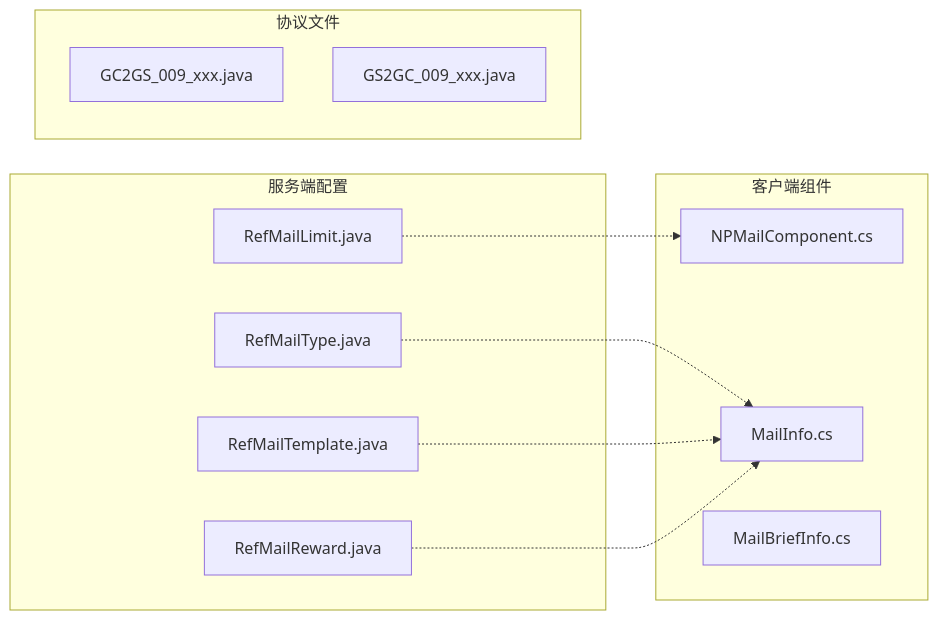
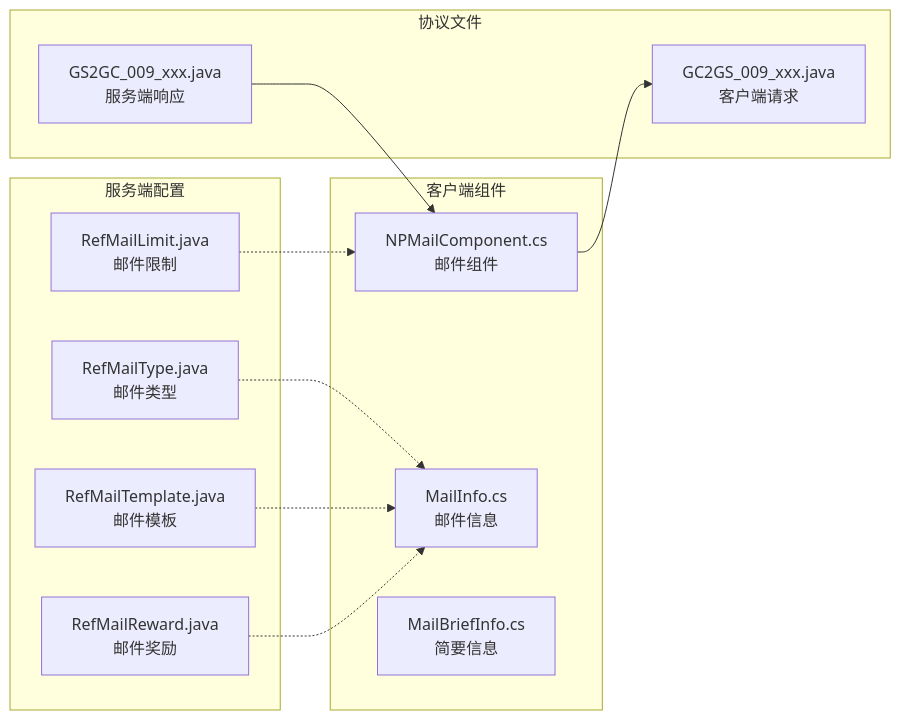
The ninth of 10 diagrams in docs/Module_Mail/01_数据配表.md (Alan-Ben/k2c_game_framework), drawn with Mermaid before and after one commit. The commit also changed other lines of this file and 10 other files, not shown here.

Commit message:
docs: 完善 Consort/Mail/Rank 模块文档 - mermaid图、代码示例、完整字段列表

````diff
--- a/docs/Module_Mail/01_数据配表.md
+++ b/docs/Module_Mail/01_数据配表.md
@@ -678,25 +1324,28 @@
 ```mermaid
 graph LR
     subgraph 服务端配置
-        A1[RefMailType.java]
-        A2[RefMailTemplate.java]
-        A3[RefMailReward.java]
-        A4[RefMailLimit.java]
+        A1[RefMailType.java<br/>邮件类型]
+        A2[RefMailTemplate.java<br/>邮件模板]
+        A3[RefMailReward.java<br/>邮件奖励]
+        A4[RefMailLimit.java<br/>邮件限制]
     end
 
     subgraph 客户端组件
-        B1[NPMailComponent.cs]
-        B2[MailInfo.cs]
-        B3[MailBriefInfo.cs]
+        B1[NPMailComponent.cs<br/>邮件组件]
+        B2[MailInfo.cs<br/>邮件信息]
+        B3[MailBriefInfo.cs<br/>简要信息]
     end
 
     subgraph 协议文件
-        C1[GC2GS_009_xxx.java]
-        C2[GS2GC_009_xxx.java]
+        C1[GC2GS_009_xxx.java<br/>客户端请求]
+        C2[GS2GC_009_xxx.java<br/>服务端响应]
     end
 
     A1 -.-> B2
     A2 -.-> B2
     A3 -.-> B2
     A4 -.-> B1
+
+    B1 --> C1
+    C2 --> B1
 ```
````
